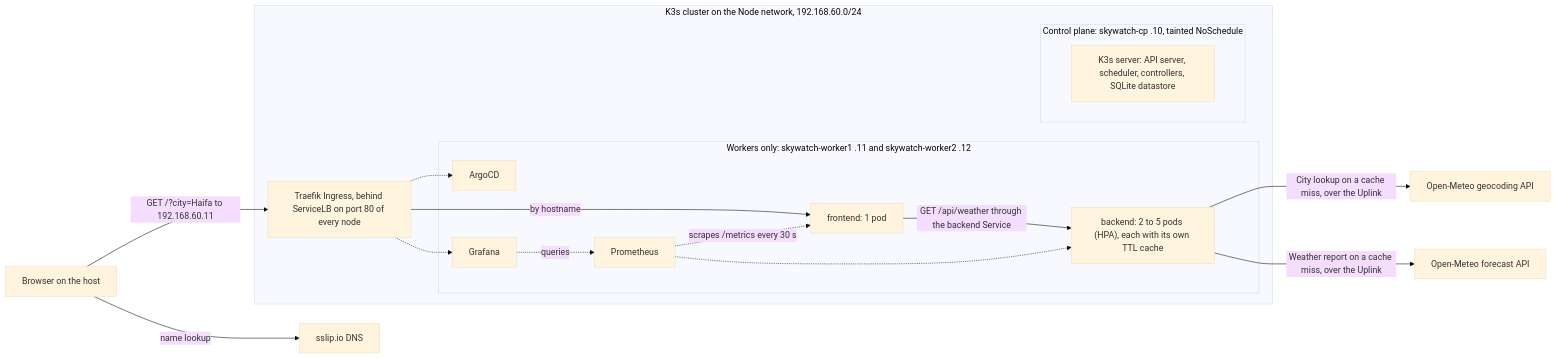
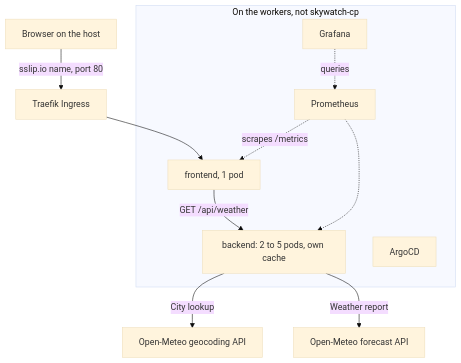
Before and after one commit to sela27/speedata-home-assignments: the first of 2 diagrams in README.md, drawn with Mermaid (base theme). The commit also changed other lines of this file, not shown here.

````diff
--- a/README.md
+++ b/README.md
@@ -348,31 +348,22 @@
 ```mermaid
-flowchart LR
+flowchart TB
   browser["Browser on the host"]
-  dns["sslip.io DNS"]
-  subgraph cluster["K3s cluster on the Node network, 192.168.60.0/24"]
-    traefik["Traefik Ingress, behind ServiceLB on port 80 of every node"]
-    subgraph workers["Workers only: skywatch-worker1 .11 and skywatch-worker2 .12"]
-      fe["frontend: 1 pod"]
-      be["backend: 2 to 5 pods (HPA), each with its own TTL cache"]
-      argo["ArgoCD"]
-      prom["Prometheus"]
-      graf["Grafana"]
-    end
-    subgraph cp["Control plane: skywatch-cp .10, tainted NoSchedule"]
-      k3s["K3s server: API server, scheduler, controllers, SQLite datastore"]
-    end
+  traefik["Traefik Ingress"]
+  subgraph workers["On the workers, not skywatch-cp"]
+    fe["frontend, 1 pod"]
+    be["backend: 2 to 5 pods, own cache"]
+    argo["ArgoCD"]
+    prom["Prometheus"]
+    graf["Grafana"]
   end
   geo["Open-Meteo geocoding API"]
   fc["Open-Meteo forecast API"]
-  browser -->|"name lookup"| dns
-  browser -->|"GET /?city=Haifa to 192.168.60.11"| traefik
-  traefik -->|"by hostname"| fe
-  traefik -.-> argo
-  traefik -.-> graf
-  fe -->|"GET /api/weather through the backend Service"| be
-  be -->|"City lookup on a cache miss, over the Uplink"| geo
-  be -->|"Weather report on a cache miss, over the Uplink"| fc
-  prom -.->|"scrapes /metrics every 30 s"| fe
+  browser -->|"sslip.io name, port 80"| traefik
+  traefik --> fe
+  fe -->|"GET /api/weather"| be
+  be -->|"City lookup"| geo
+  be -->|"Weather report"| fc
+  prom -.->|"scrapes /metrics"| fe
   prom -.-> be
   graf -.->|"queries"| prom
 ```
````
